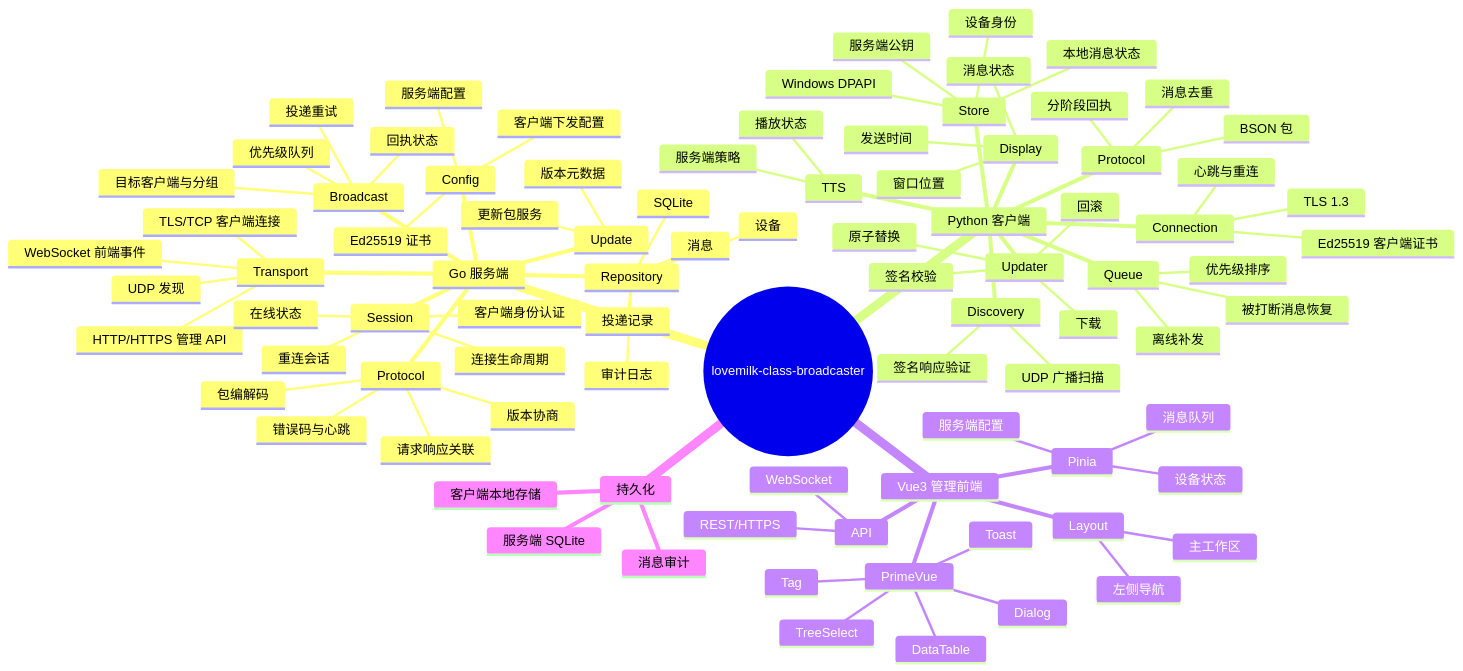
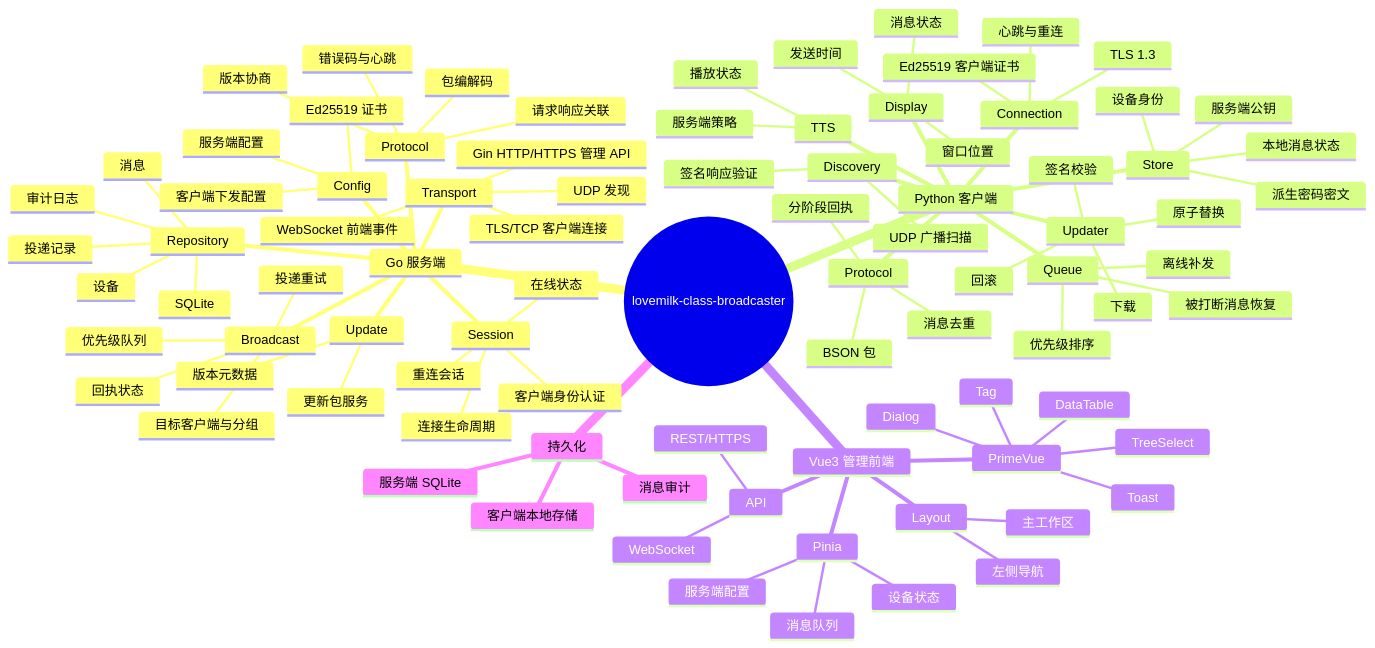
Before and after one commit to lovemilk2333/class-broadcaster: the diagram in design/design.md, drawn with Mermaid. The commit also changed other lines of this file and 61 other files, not shown here.

```diff
--- a/design/design.md
+++ b/design/design.md
@@ -73,7 +75,7 @@
       Transport
         UDP 发现
         TLS/TCP 客户端连接
-        HTTP/HTTPS 管理 API
+        Gin HTTP/HTTPS 管理 API
         WebSocket 前端事件
       Protocol
         包编解码
@@ -130,7 +132,7 @@
         设备身份
         服务端公钥
         本地消息状态
-        Windows DPAPI
+        派生密码密文
       Updater
         下载
         签名校验
```
